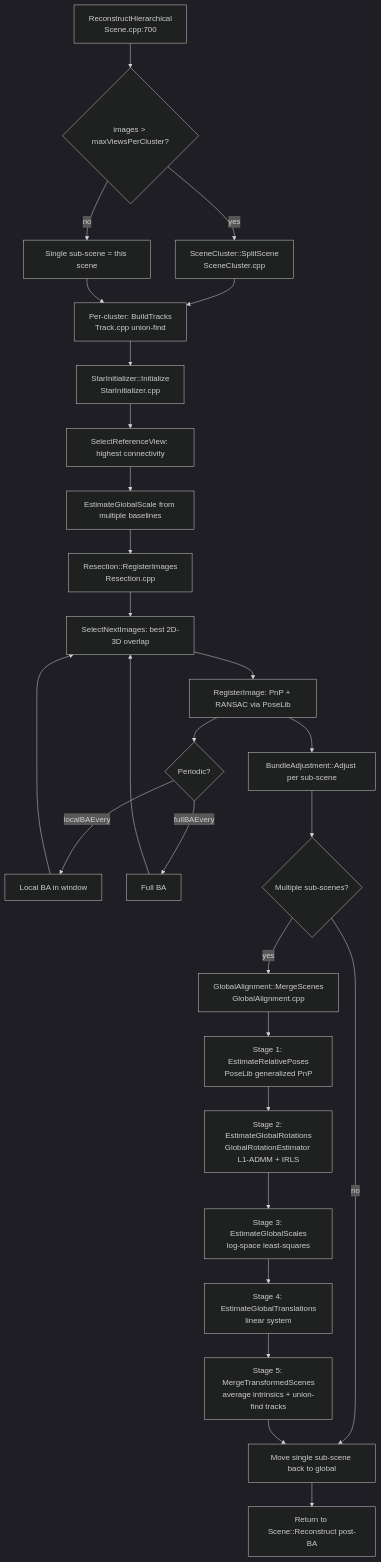
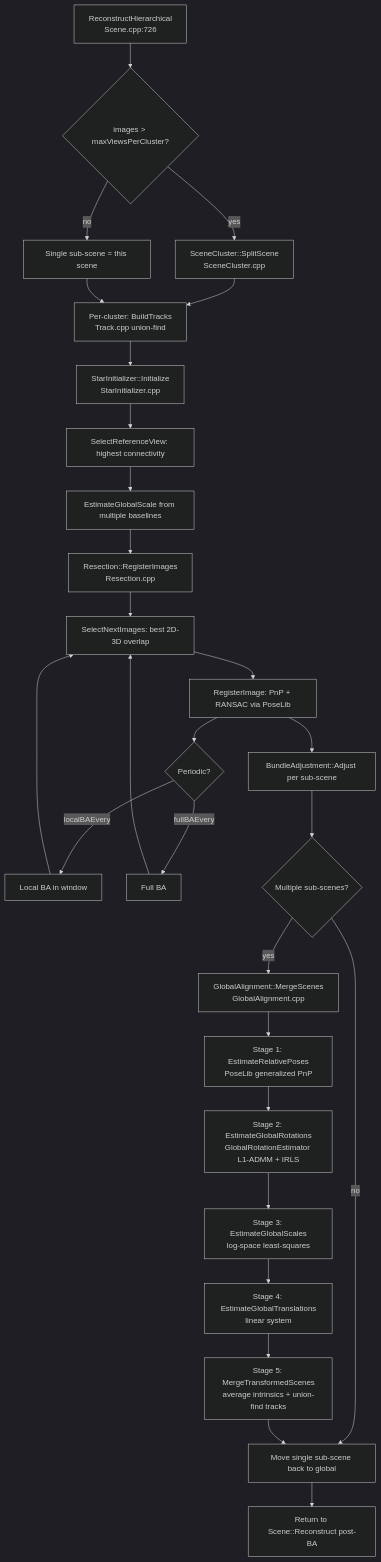
One commit to cdcseacave/openMVS changed the third of 10 diagrams in docs/pipeline-traces.md. Above: the diagram before and after it, drawn with Mermaid (dark theme). The commit also changed other lines of this file and 21 other files, not shown here.

````diff
--- a/docs/pipeline-traces.md
+++ b/docs/pipeline-traces.md
@@ -196,30 +196,30 @@
 ```mermaid
 graph TD
-    A[ReconstructHierarchical<br/>Scene.cpp:700] --> B{images > maxViewsPerCluster?}
+    A[ReconstructHierarchical<br/>Scene.cpp:726] --> B{images > maxViewsPerCluster?}
     B -->|yes| C[SceneCluster::SplitScene<br/>SceneCluster.cpp]
     B -->|no| D[Single sub-scene = this scene]
     C --> E[Per-cluster: BuildTracks<br/>Track.cpp union-find]
     D --> E
     E --> F[StarInitializer::Initialize<br/>StarInitializer.cpp]
     F --> F1[SelectReferenceView: highest connectivity]
     F1 --> F2[EstimateGlobalScale from multiple baselines]
     F2 --> G[Resection::RegisterImages<br/>Resection.cpp]
     G --> G1[SelectNextImages: best 2D-3D overlap]
     G1 --> G2[RegisterImage: PnP + RANSAC via PoseLib]
     G2 --> G3{Periodic?}
     G3 -->|localBAEvery| G4[Local BA in window]
     G3 -->|fullBAEvery| G5[Full BA]
     G4 --> G1
     G5 --> G1
     G2 --> H[BundleAdjustment::Adjust per sub-scene]
     H --> I{Multiple sub-scenes?}
     I -->|no| J[Move single sub-scene back to global]
     I -->|yes| K[GlobalAlignment::MergeScenes<br/>GlobalAlignment.cpp]
     K --> K1[Stage 1: EstimateRelativePoses<br/>PoseLib generalized PnP]
     K1 --> K2[Stage 2: EstimateGlobalRotations<br/>GlobalRotationEstimator L1-ADMM + IRLS]
     K2 --> K3[Stage 3: EstimateGlobalScales<br/>log-space least-squares]
     K3 --> K4[Stage 4: EstimateGlobalTranslations<br/>linear system]
     K4 --> K5[Stage 5: MergeTransformedScenes<br/>average intrinsics + union-find tracks]
     K5 --> J
     J --> L[Return to Scene::Reconstruct post-BA]
 ```
````
